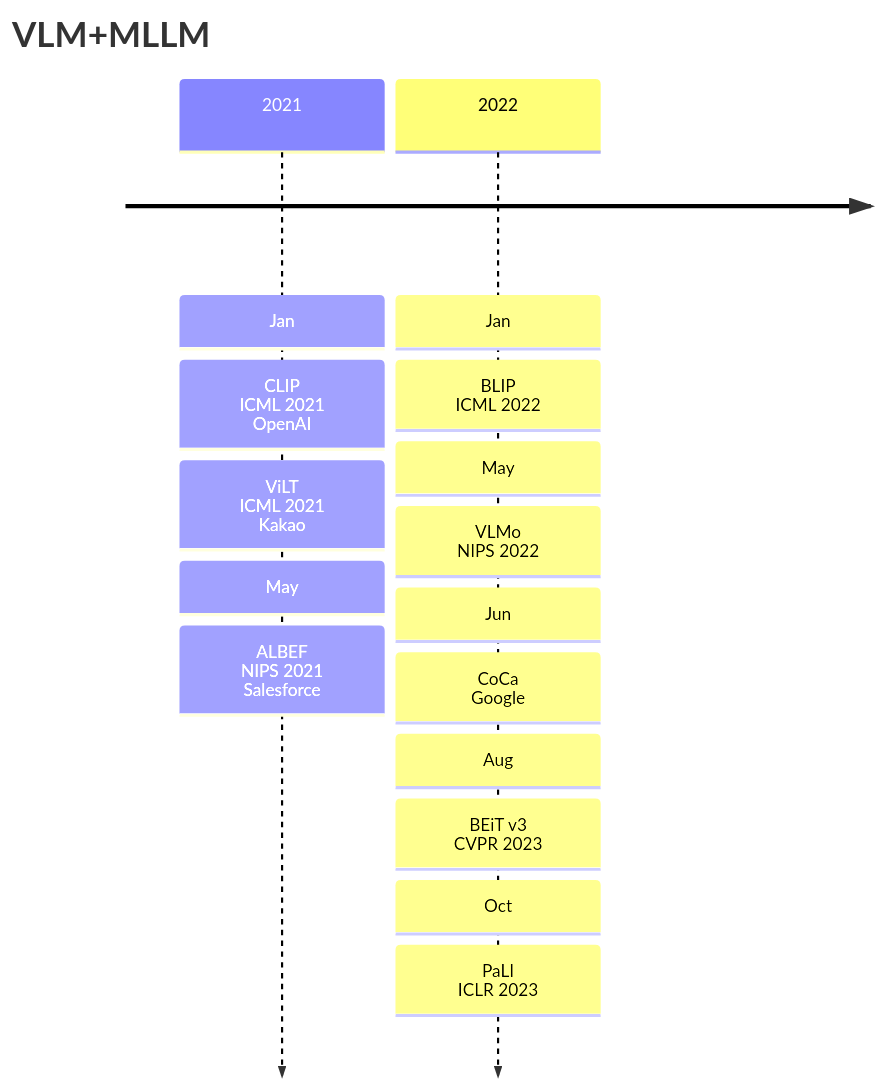
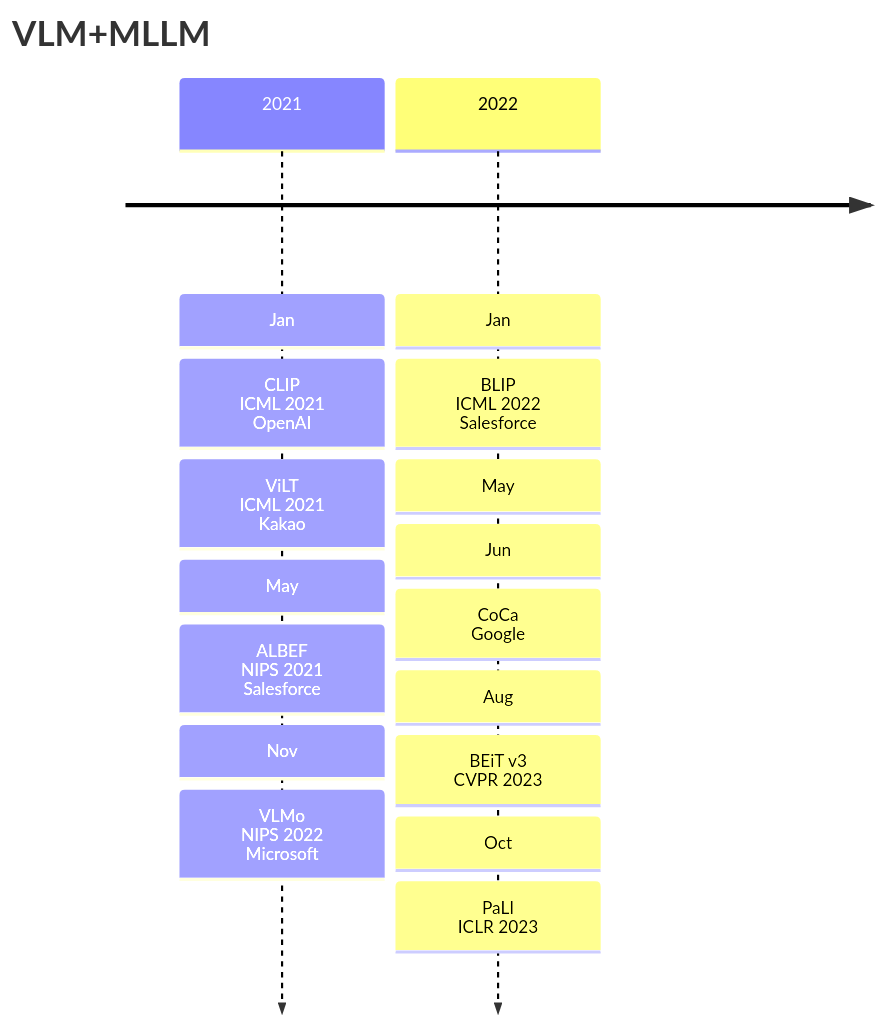
One commit to Elephant-King9/Paper changed the first of 5 diagrams in Base_Model/VLM+VLLM/analyse.md. Above: the diagram before and after it, drawn with Mermaid. The commit also changed other lines of this file and 5 other files, not shown here.

````diff
--- a/Base_Model/VLM+VLLM/analyse.md
+++ b/Base_Model/VLM+VLLM/analyse.md
@@ -5,19 +5,20 @@
 ```mermaid
 timeline
     title VLM+MLLM
     2021 : Jan
     		 : CLIP<br>ICML 2021<br>OpenAI
     		 : ViLT<br>ICML 2021<br>Kakao
     		 : May
     		 : ALBEF<br>NIPS 2021<br>Salesforce
+    		 : Nov
+    		 : VLMo<br>NIPS 2022<br>Microsoft
     2022 : Jan
-    		 : BLIP<br>ICML 2022
+    		 : BLIP<br>ICML 2022<br>Salesforce
     		 : May
-    		 : VLMo<br>NIPS 2022
     		 : Jun
     		 : CoCa<br>Google
     		 : Aug
     		 : BEiT v3<br>CVPR 2023
     		 : Oct
     		 : PaLI<br>ICLR 2023
 ```
````
